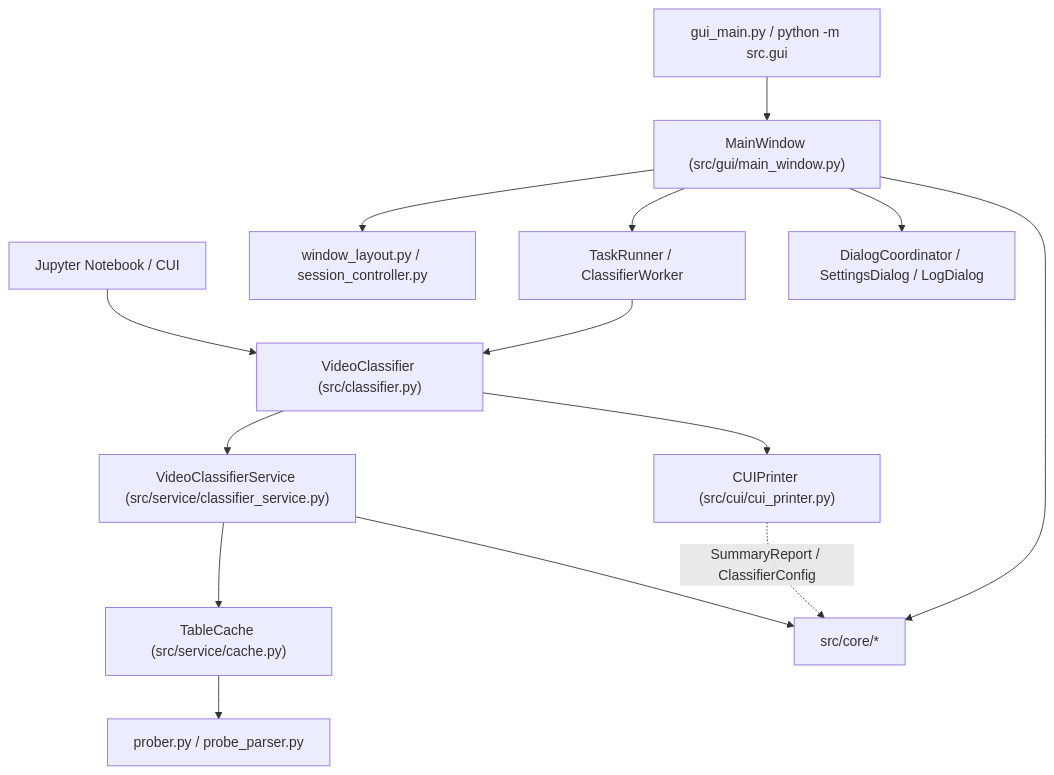
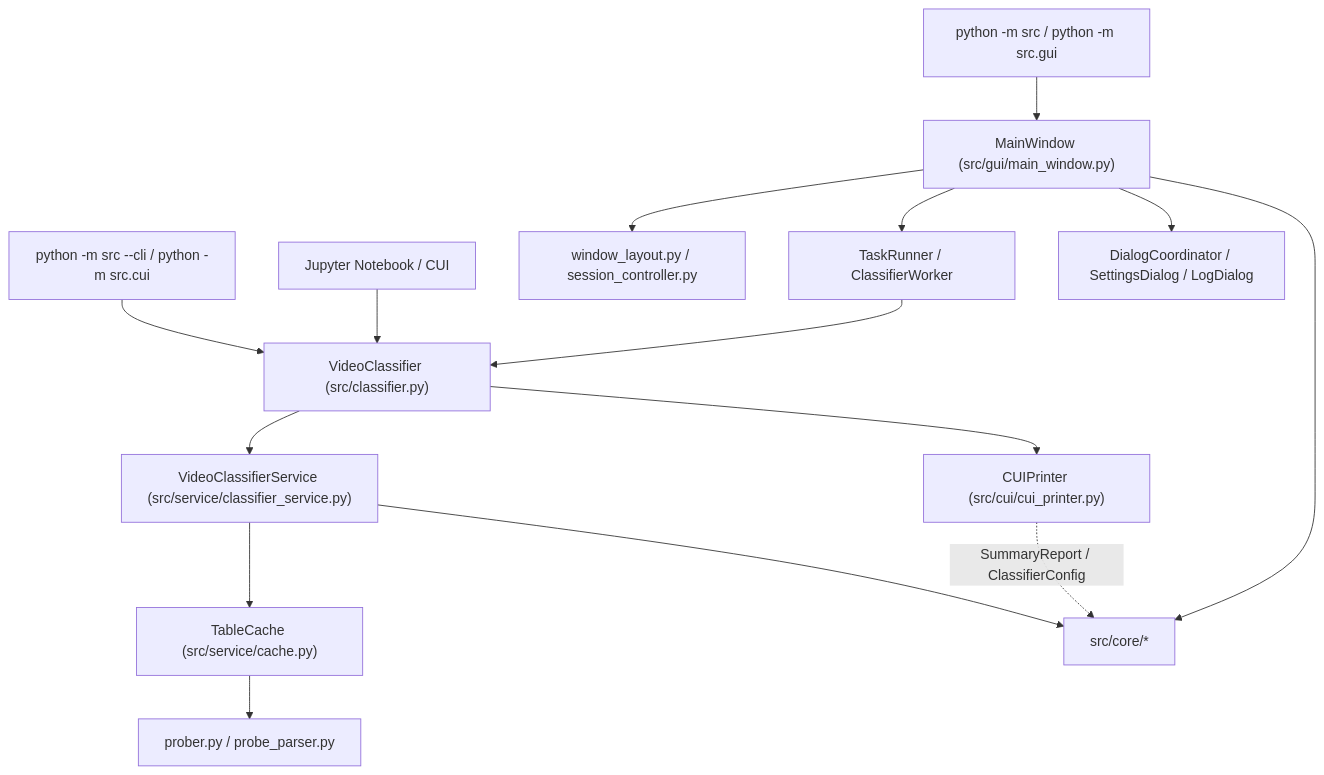
Before and after one commit to signal1310/video_scripts: the first of 2 diagrams in ARCHITECTURE.md, drawn with Mermaid. The commit also changed other lines of this file and 8 other files, not shown here.

Commit message:
feat: 스탠드얼론 CLI 도입 및 python -m src 진입점 일원화

````diff
--- a/ARCHITECTURE.md
+++ b/ARCHITECTURE.md
@@ -22,20 +22,21 @@
 ```mermaid
 flowchart TD
-    GUI_ENTRY["gui_main.py / python -m src.gui"] --> GUI_MW["MainWindow (src/gui/main_window.py)"]
-    NB_ENTRY["Jupyter Notebook / CUI"] --> FACADE["VideoClassifier (src/classifier.py)"]
+    GUI_ENTRY["python -m src / python -m src.gui"] --> GUI_MW["MainWindow (src/gui/main_window.py)"]
+    CLI_ENTRY["python -m src --cli / python -m src.cui"] --> FACADE["VideoClassifier (src/classifier.py)"]
+    NB_ENTRY["Jupyter Notebook / CUI"] --> FACADE
 
     GUI_MW --> LAYOUT["window_layout.py / session_controller.py"]
     GUI_MW --> TASK["TaskRunner / ClassifierWorker"]
     GUI_MW --> DIALOGS["DialogCoordinator / SettingsDialog / LogDialog"]
     TASK --> FACADE
 
     FACADE --> SERVICE["VideoClassifierService (src/service/classifier_service.py)"]
     FACADE --> CUI["CUIPrinter (src/cui/cui_printer.py)"]
 
     SERVICE --> CACHE["TableCache (src/service/cache.py)"]
     SERVICE --> CORE["src/core/*"]
     CACHE --> PROBER["prober.py / probe_parser.py"]
 
     CUI -.->|"SummaryReport / ClassifierConfig"| CORE
     GUI_MW --> CORE
 ```
````
